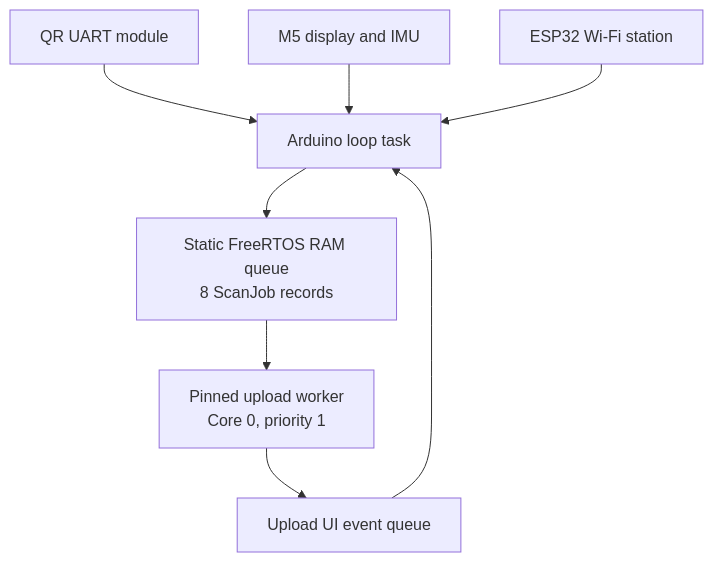
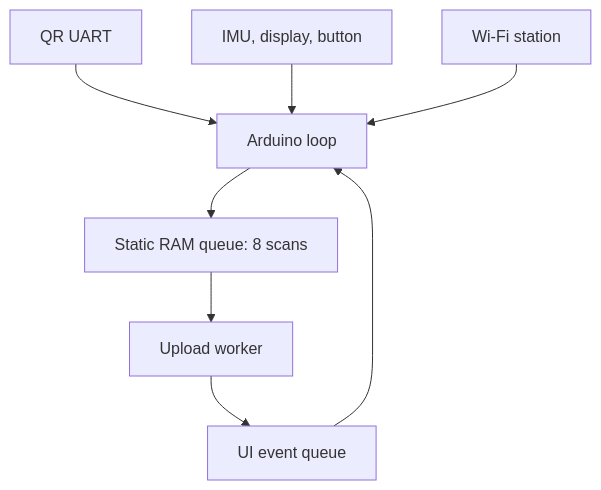
Before and after one commit to RAJ-IITROORKEE/IITR-QR-Logger-ICC: the third of 6 diagrams in ARCHITECTURE.md, drawn with Mermaid. The commit also changed other lines of this file and 20 other files, not shown here.

````diff
--- a/ARCHITECTURE.md
+++ b/ARCHITECTURE.md
@@ -70,18 +100,10 @@
 ```mermaid
 flowchart TB
-  Loop["Arduino loop task"]
-  Uploader["Pinned upload worker\nCore 0, priority 1"]
-  Queue["Static FreeRTOS RAM queue\n8 ScanJob records"]
-  UiQueue["Upload UI event queue"]
-  QR["QR UART module"]
-  Wifi["ESP32 Wi-Fi station"]
-  Display["M5 display and IMU"]
-
-  QR --> Loop
-  Display --> Loop
-  Wifi --> Loop
-  Loop --> Queue
-  Queue --> Uploader
-  Uploader --> UiQueue
-  UiQueue --> Loop
+  QR[QR UART] --> Loop[Arduino loop]
+  Imu[IMU, display, button] --> Loop
+  Wifi[Wi-Fi station] --> Loop
+  Loop --> Queue[Static RAM queue: 8 scans]
+  Queue --> Worker[Upload worker]
+  Worker --> Events[UI event queue]
+  Events --> Loop
 ```
````
